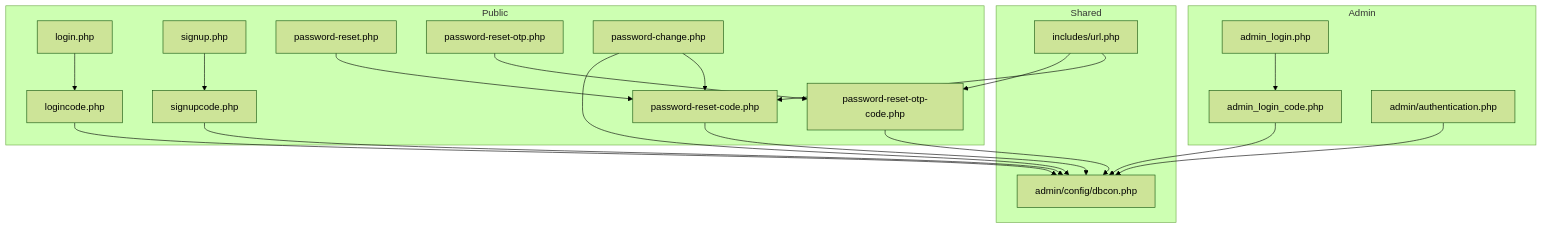
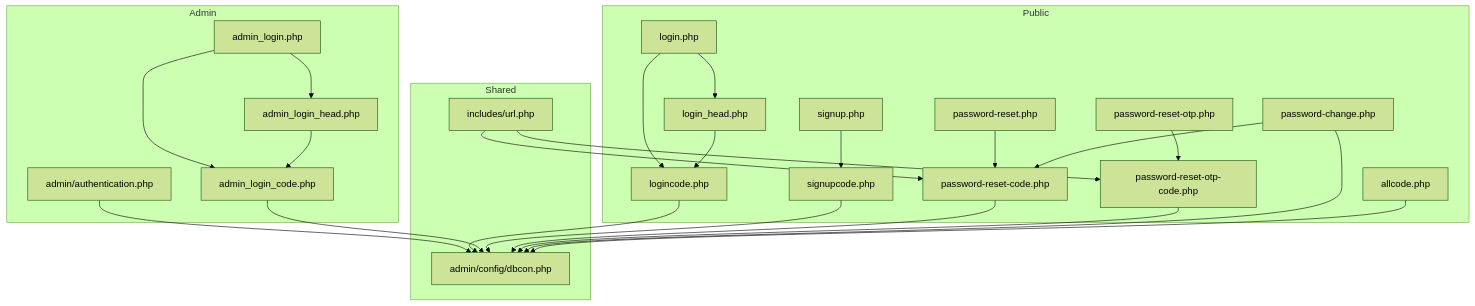
One commit to dark-coder2025/libsystem changed the first of 10 diagrams in .qoder/repowiki/en/content/Authentication and Security.md. Above: the diagram before and after it, drawn with Mermaid (forest theme). The commit also changed other lines of this file and 47 other files, not shown here.

````diff
--- a/.qoder/repowiki/en/content/Authentication and Security.md
+++ b/.qoder/repowiki/en/content/Authentication and Security.md
@@ -43,38 +55,46 @@
 ```mermaid
 graph TB
 subgraph "Public"
 L["login.php"]
 LC["logincode.php"]
+LH["login_head.php"]
 SR["signup.php"]
 SCode["signupcode.php"]
 PR["password-reset.php"]
 PRC["password-reset-code.php"]
 PROTP["password-reset-otp.php"]
 PROTPC["password-reset-otp-code.php"]
 PC["password-change.php"]
+AC["allcode.php"]
 end
 subgraph "Admin"
 AL["admin_login.php"]
 ALC["admin_login_code.php"]
+ALH["admin_login_head.php"]
 AUTH["admin/authentication.php"]
 end
 subgraph "Shared"
 DB["admin/config/dbcon.php"]
 URL["includes/url.php"]
 end
 L --> LC
+L --> LH
+LH --> LC
 SR --> SCode
 PR --> PRC
 PROTP --> PROTPC
 PC --> PRC
 AL --> ALC
+AL --> ALH
+ALH --> ALC
 AUTH --> DB
 LC --> DB
 ALC --> DB
 SCode --> DB
 PRC --> DB
 PROTPC --> DB
 PC --> DB
+AC --> DB
 URL --> PRC
 URL --> PROTPC
 ```
````
